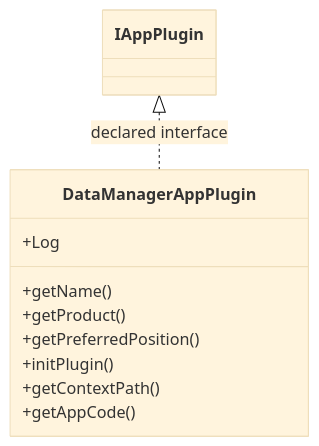
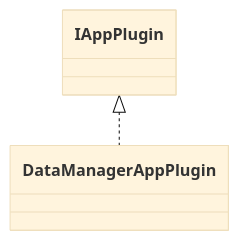
The diagram in docs/sqx/DataManager/AppDataManager.md (haruperi/HaruQuantAI), drawn with Mermaid (base theme) before and after one commit. The commit also changed other lines of this file and 1688 other files, not shown here.

````diff
--- a/docs/sqx/DataManager/AppDataManager.md
+++ b/docs/sqx/DataManager/AppDataManager.md
@@ -30,14 +26,6 @@
 ```mermaid
 classDiagram
-    class C8d8dfe68d109["DataManagerAppPlugin"] {
-        +Log
-        +getName()
-        +getProduct()
-        +getPreferredPosition()
-        +initPlugin()
-        +getContextPath()
-        +getAppCode()
-    }
-    class C71ae2af47347["IAppPlugin"]
-    C71ae2af47347 <|.. C8d8dfe68d109 : declared interface
+    class C0["DataManagerAppPlugin"]
+    class E0["IAppPlugin"]
+    E0 <|.. C0
 ```
````
